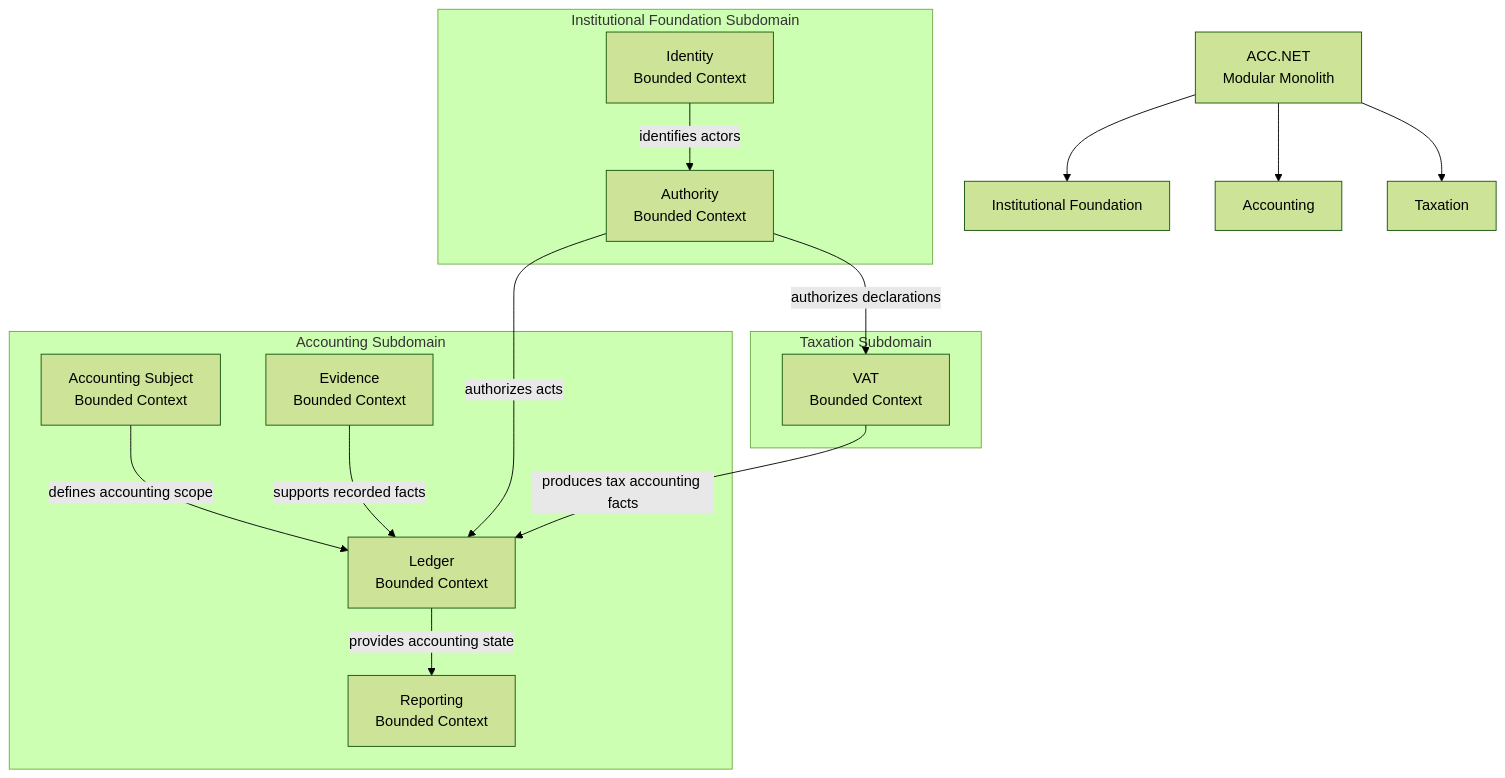
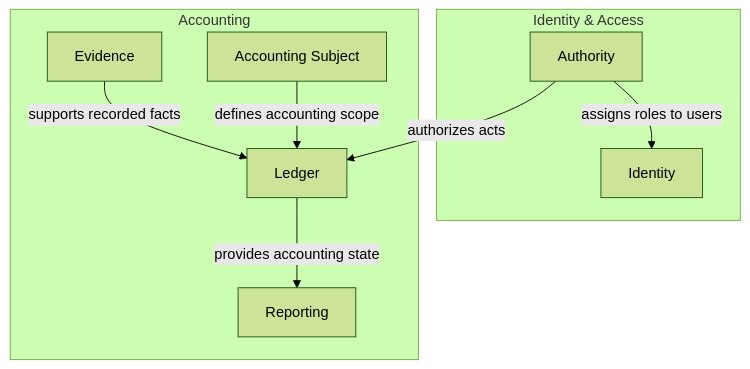
One commit to runemalm/acc-dotnet changed the diagram in README.md. Above: the diagram before and after it, drawn with Mermaid (forest theme). The commit also changed other lines of this file, not shown here.

````diff
--- a/README.md
+++ b/README.md
@@ -20,32 +15,20 @@
 ```mermaid
 flowchart TB
-    Product["ACC.NET\nModular Monolith"]
-
-    Product --> InstitutionalFoundation["Institutional Foundation"]
-    Product --> Accounting["Accounting"]
-    Product --> Taxation["Taxation"]
-
-    subgraph IF["Institutional Foundation Subdomain"]
-        Identity["Identity\nBounded Context"]
-        Authority["Authority\nBounded Context"]
+    subgraph IF["Identity & Access"]
+        Identity["Identity"]
+        Authority["Authority"]
     end
 
-    subgraph AC["Accounting Subdomain"]
-        AccountingSubject["Accounting Subject\nBounded Context"]
-        Ledger["Ledger\nBounded Context"]
-        Evidence["Evidence\nBounded Context"]
-        Reporting["Reporting\nBounded Context"]
-    end
-
-    subgraph TX["Taxation Subdomain"]
-        VAT["VAT\nBounded Context"]
+    subgraph AC["Accounting"]
+        AccountingSubject["Accounting Subject"]
+        Ledger["Ledger"]
+        Evidence["Evidence"]
+        Reporting["Reporting"]
     end
 
     Evidence -->|supports recorded facts| Ledger
     Ledger -->|provides accounting state| Reporting
-    VAT -->|produces tax accounting facts| Ledger
     AccountingSubject -->|defines accounting scope| Ledger
-    Identity -->|identifies actors| Authority
+    Authority -->|assigns roles to users| Identity
     Authority -->|authorizes acts| Ledger
-    Authority -->|authorizes declarations| VAT
 ```
````
